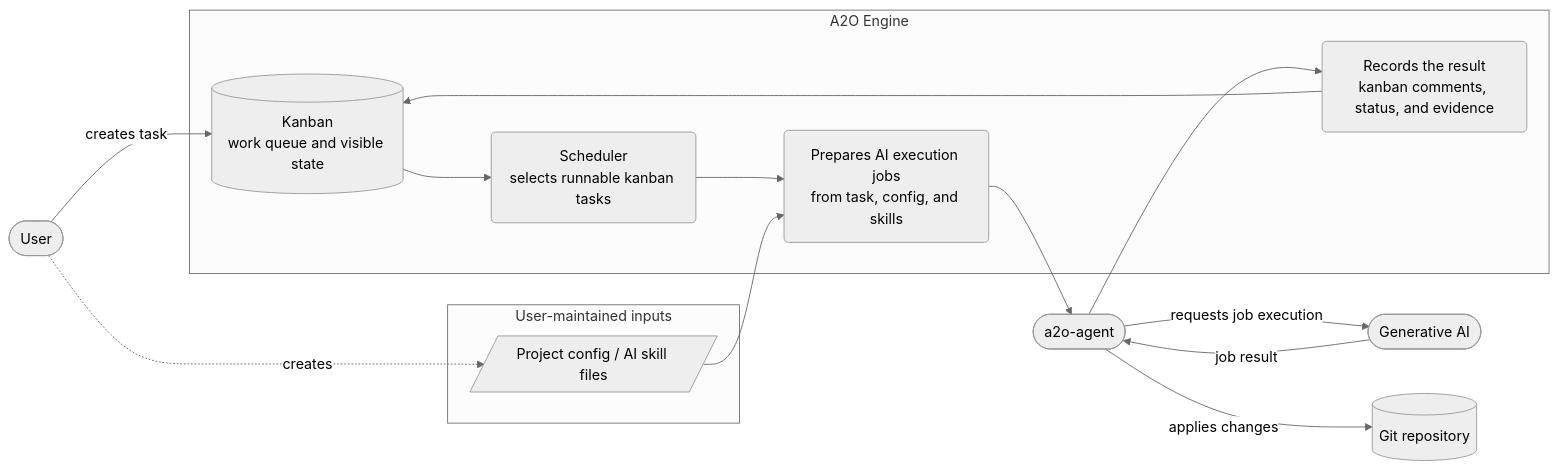
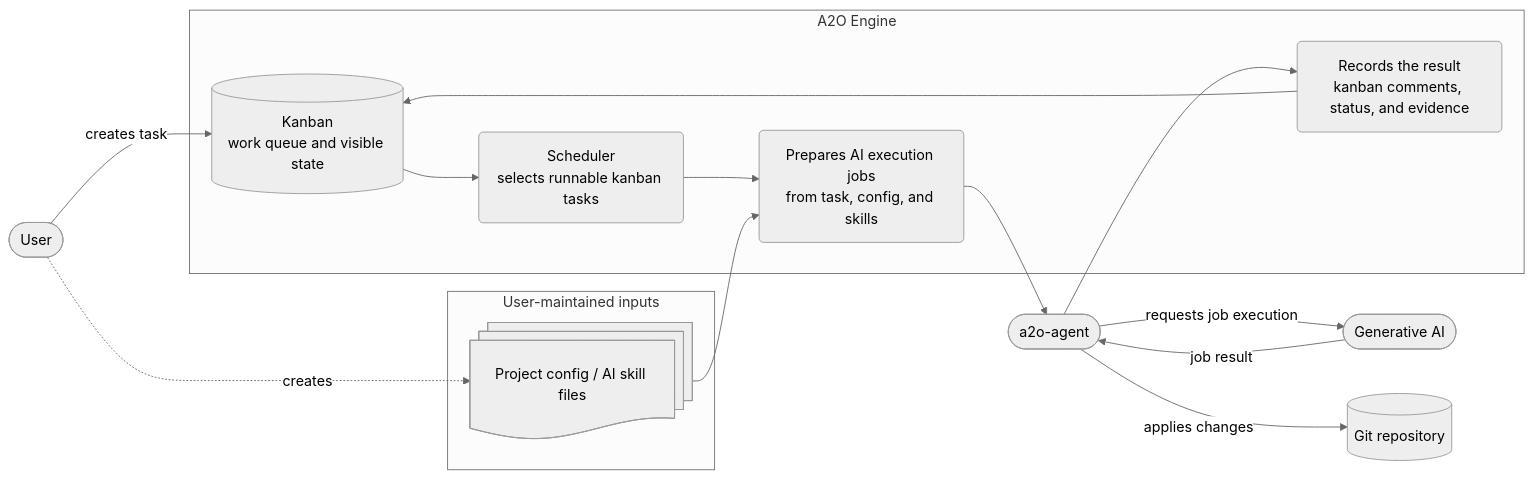
The diagram in docs/en/dev/00-design-map.md (wamukat/a2o), drawn with Mermaid (neutral theme) before and after one commit. The commit also changed 1 other file, not shown here.

Commit message:
A2O#89 Use Mermaid docs shape for inputs

````diff
--- a/docs/en/dev/00-design-map.md
+++ b/docs/en/dev/00-design-map.md
@@ -14,31 +14,31 @@
 ```mermaid
 flowchart LR
   User([User])
   Agent([a2o-agent])
   AI([Generative AI])
 
   subgraph Inputs["User-maintained inputs"]
-    ProjectInputs[/Project config / AI skill files/]
+    ProjectInputs@{ shape: docs, label: "Project config / AI skill files" }
   end
 
   subgraph Engine["A2O Engine"]
     Kanban[(Kanban\nwork queue and visible state)]
     Scheduler(Scheduler\nselects runnable kanban tasks)
     Prepare(Prepares AI execution jobs\nfrom task, config, and skills)
     Report(Records the result\nkanban comments, status, and evidence)
   end
 
   Repository[(Git repository)]
 
   User -->|"creates task"| Kanban
   User -.->|"creates"| ProjectInputs
   Kanban --> Scheduler
   Scheduler --> Prepare
   ProjectInputs --> Prepare
   Prepare --> Agent
   Agent -->|"requests job execution"| AI
   AI -->|"job result"| Agent
   Agent -->|"applies changes"| Repository
   Agent --> Report
   Report --> Kanban
 ```
````
